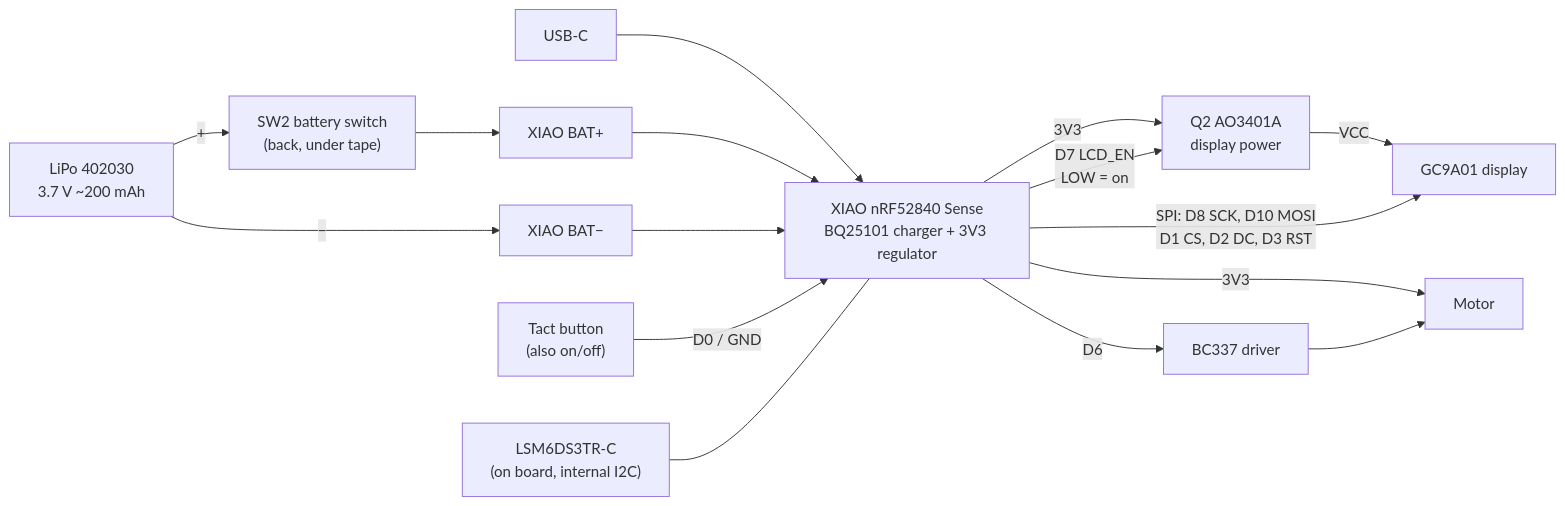
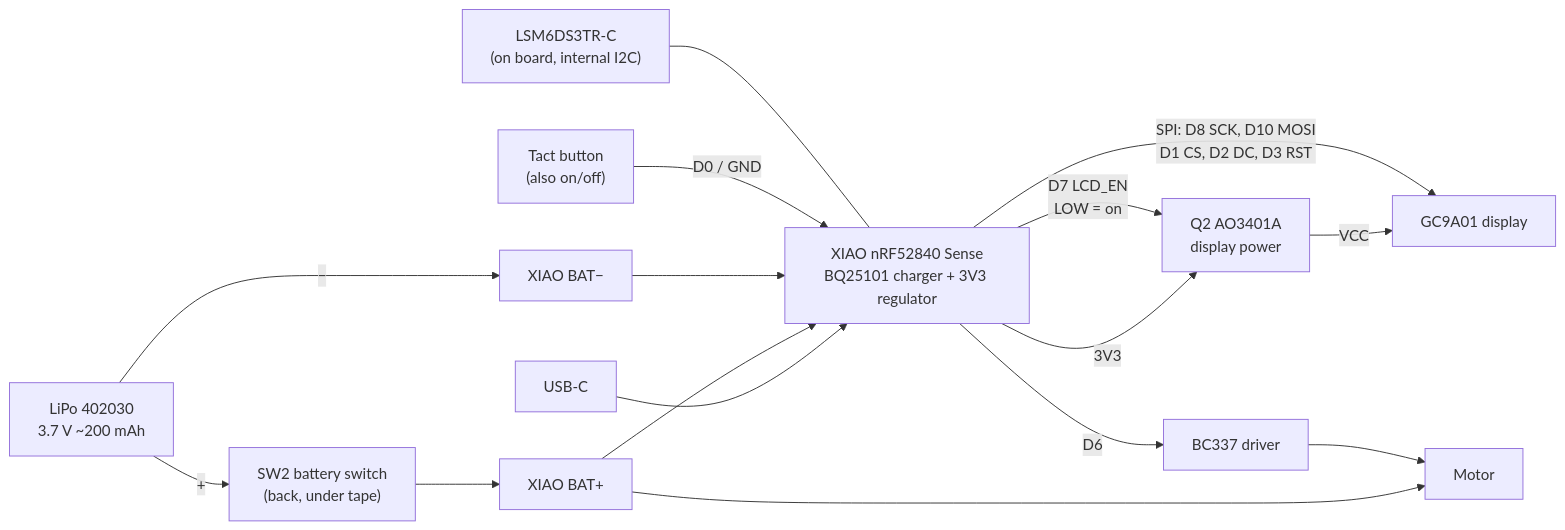
The diagram in electronics/README.md (elymsyr/mysterychain), drawn with Mermaid before and after one commit. The commit also changed other lines of this file and 8 other files, not shown here.

````diff
--- a/electronics/README.md
+++ b/electronics/README.md
@@ -16,18 +16,18 @@
 ```mermaid
 flowchart LR
     BAT["LiPo 402030<br/>3.7 V ~200 mAh"] -->|"+"| SW2["SW2 battery switch<br/>(back, under tape)"]
     SW2 --> BATP["XIAO BAT+"]
     BAT -->|"−"| BATN["XIAO BAT−"]
     USB["USB-C"] --> XIAO
     BATP --> XIAO["XIAO nRF52840 Sense<br/>BQ25101 charger + 3V3 regulator"]
     BATN --> XIAO
     XIAO -->|"3V3"| Q2["Q2 AO3401A<br/>display power"]
     XIAO -->|"D7 LCD_EN<br/>LOW = on"| Q2
     Q2 -->|"VCC"| DISP["GC9A01 display"]
     XIAO -->|"SPI: D8 SCK, D10 MOSI<br/>D1 CS, D2 DC, D3 RST"| DISP
     XIAO -->|"D6"| DRV["BC337 driver"]
-    XIAO -->|"3V3"| MOT["Motor"]
+    BATP --> MOT["Motor"]
     DRV --> MOT
     BTN["Tact button<br/>(also on/off)"] -->|"D0 / GND"| XIAO
     IMU["LSM6DS3TR-C<br/>(on board, internal I2C)"] --- XIAO
 ```
````
